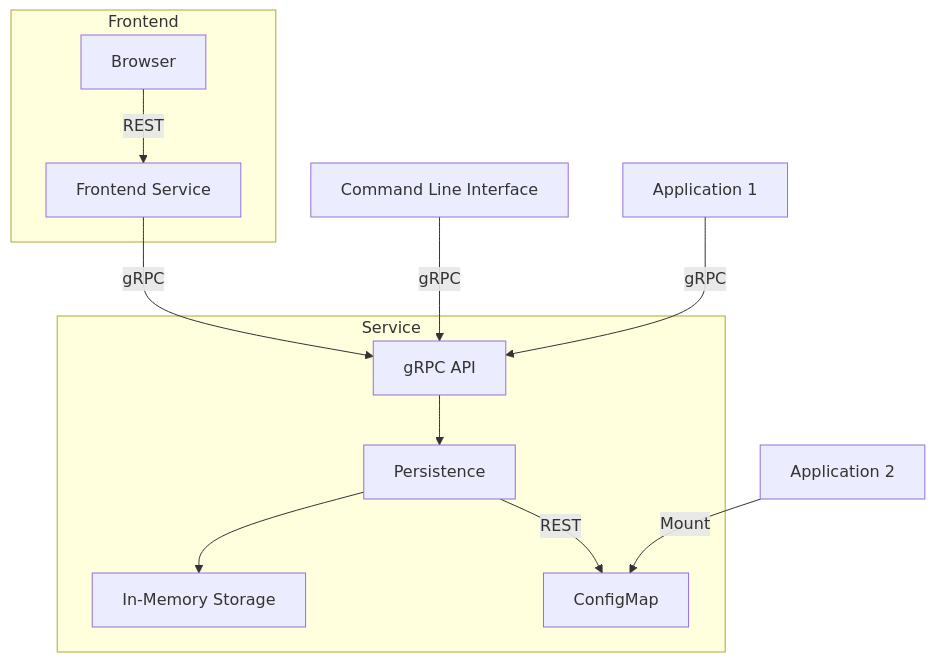
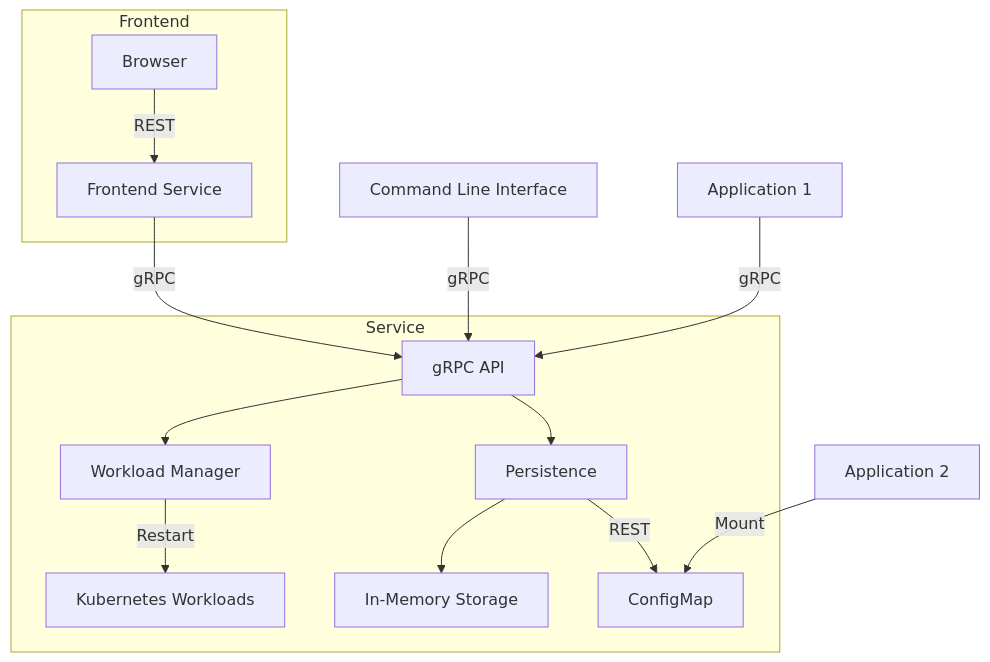
The diagram in README.md (dkrizic/feature), drawn with Mermaid before and after one commit. The commit also changed other lines of this file, not shown here.

Commit message:
Update README diagram to include workload restart functionality

````diff
--- a/README.md
+++ b/README.md
@@ -15,24 +15,28 @@
 ```mermaid
 graph TD
     CLI[Command Line Interface]
     APP1[Application 1]
     APP2[Application 2]
+    K8S[Kubernetes Workloads]
     subgraph FR[Frontend]
       BR[Browser]
       FS[Frontend Service]
     end
     subgraph S[Service]
         API[gRPC API]
         P[Persistence]
+        WL[Workload Manager]
         INM[In-Memory Storage]
         CM[ConfigMap]
         API-->P
+        API-->WL
         P-->INM
         P-->|REST|CM
+        WL-->|Restart|K8S
     end
     BR-->|REST|FS
     FS-->|gRPC|API
     CLI-->|gRPC|API
     APP1-->|gRPC|API
     APP2-->|Mount|CM
 ```
````
